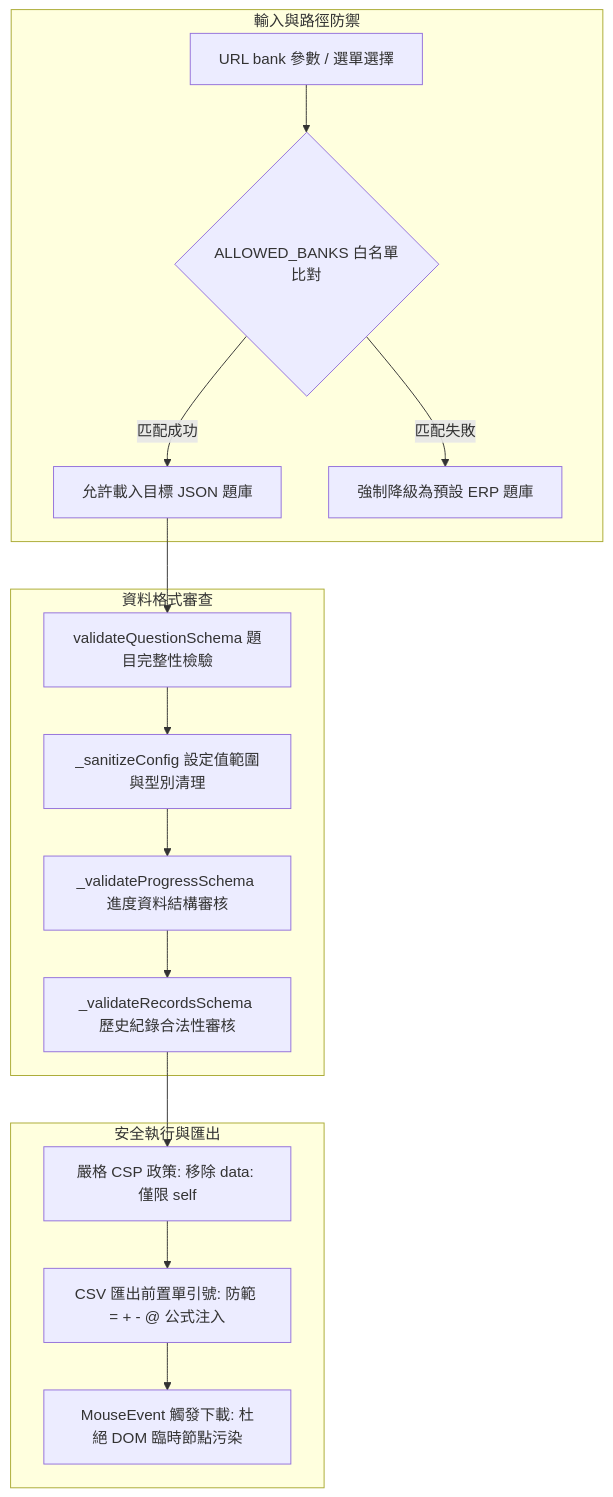
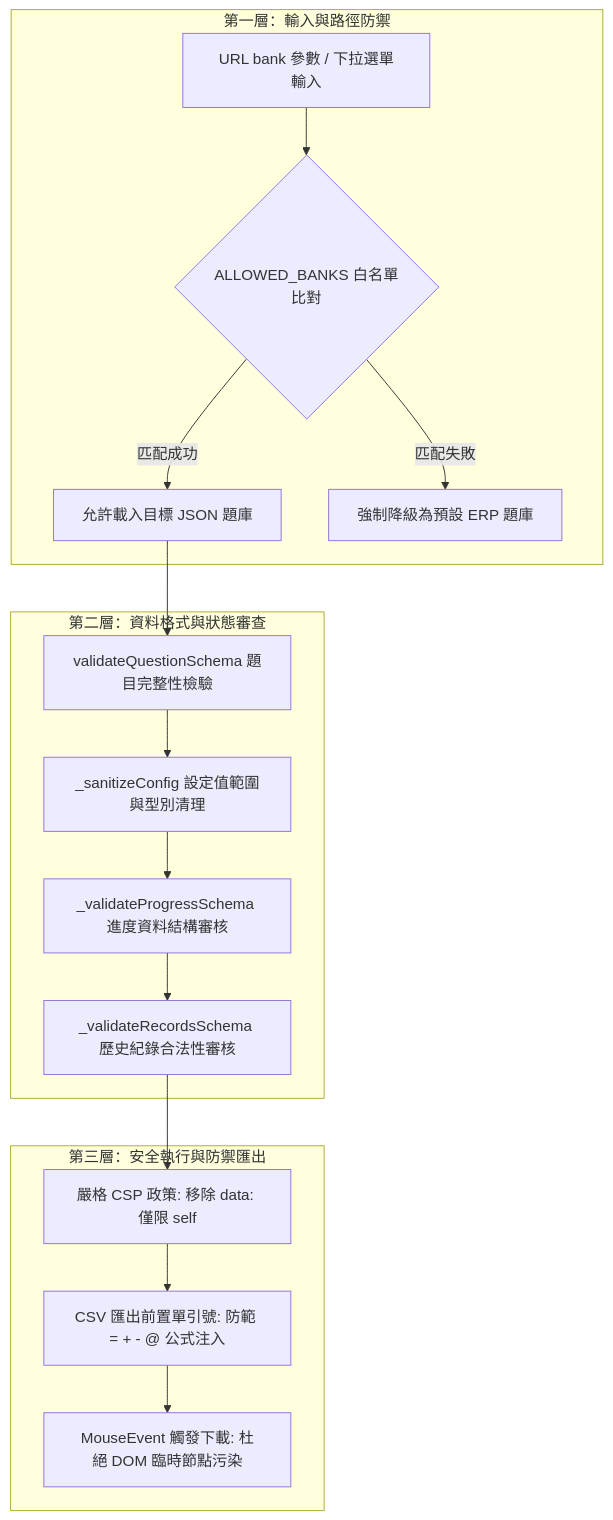
One commit to Scorpio-meow/Examination-System changed the diagram in docs/adr/ADR-001-local-security-validation.md. Above: the diagram before and after it, drawn with Mermaid. The commit also changed other lines of this file and 3 other files, not shown here.

````diff
--- a/docs/adr/ADR-001-local-security-validation.md
+++ b/docs/adr/ADR-001-local-security-validation.md
@@ -21,21 +21,21 @@
 ```mermaid
 flowchart TD
-    subgraph InputValidation [輸入與路徑防禦]
-        A[URL bank 參數 / 選單選擇] --> B{ALLOWED_BANKS 白名單比對}
+    subgraph InputValidation [第一層：輸入與路徑防禦]
+        A[URL bank 參數 / 下拉選單輸入] --> B{ALLOWED_BANKS 白名單比對}
         B -- 匹配成功 --> C[允許載入目標 JSON 題庫]
         B -- 匹配失敗 --> D[強制降級為預設 ERP 題庫]
     end
 
-    subgraph SchemaVerification [資料格式審查]
+    subgraph SchemaVerification [第二層：資料格式與狀態審查]
         C --> E[validateQuestionSchema 題目完整性檢驗]
         E --> F[_sanitizeConfig 設定值範圍與型別清理]
         F --> G[_validateProgressSchema 進度資料結構審核]
         G --> H[_validateRecordsSchema 歷史紀錄合法性審核]
     end
 
-    subgraph DefenseExecution [安全執行與匯出]
+    subgraph DefenseExecution [第三層：安全執行與防禦匯出]
         H --> I[嚴格 CSP 政策: 移除 data: 僅限 self]
         I --> J[CSV 匯出前置單引號: 防範 = + - @ 公式注入]
         J --> K[MouseEvent 觸發下載: 杜絕 DOM 臨時節點污染]
     end
 ```
````
